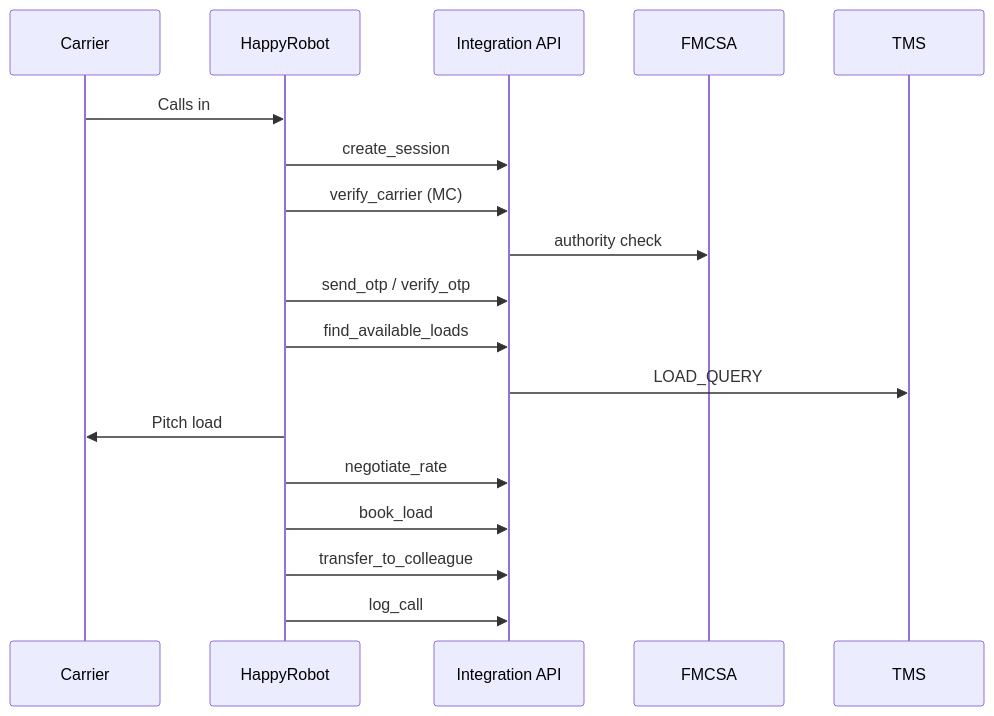
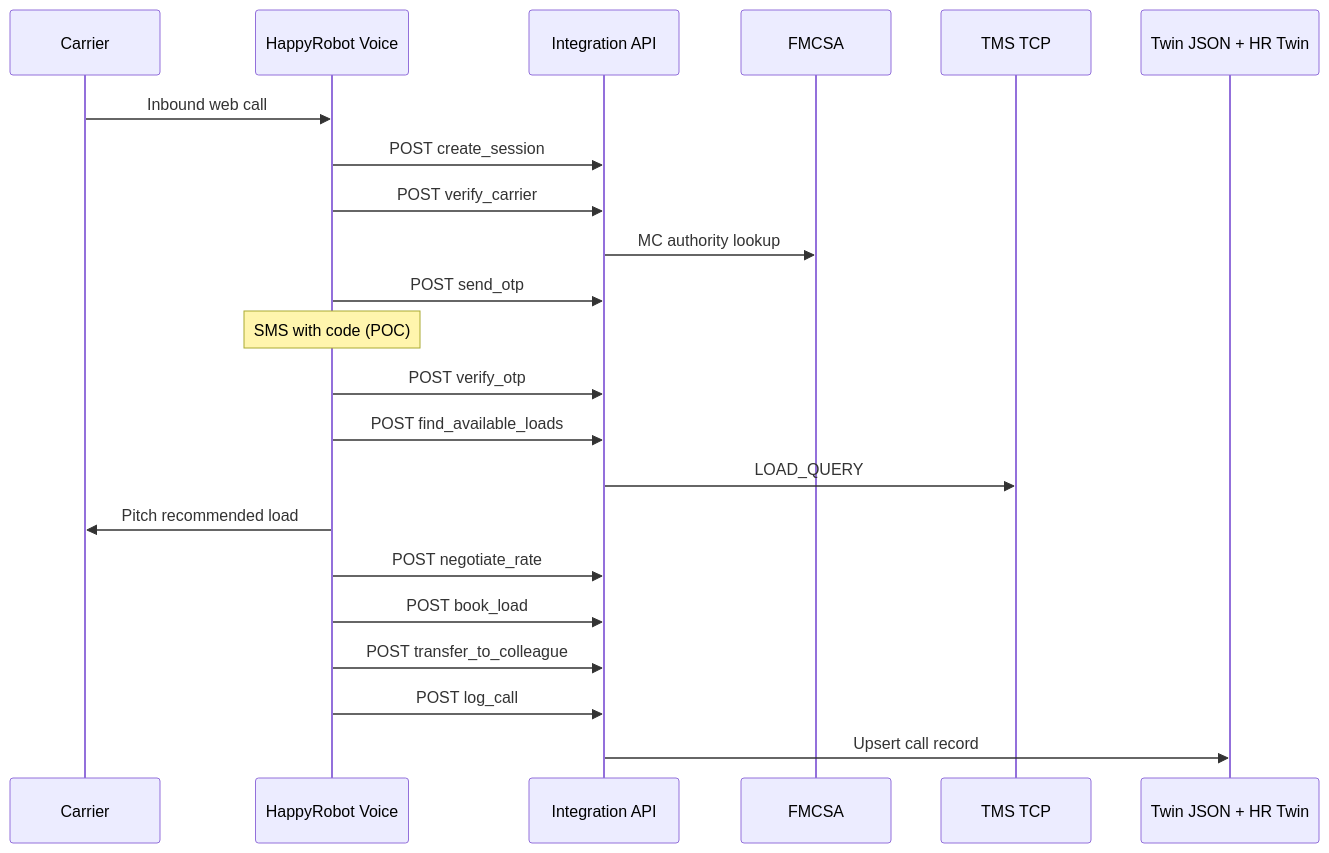
The fourth of 6 diagrams in Architecture/README.md (esxph/happyrobots_logistics), drawn with Mermaid before and after one commit. The commit also changed other lines of this file and 8 other files, not shown here.

````diff
--- a/Architecture/README.md
+++ b/Architecture/README.md
@@ -38,21 +312,25 @@
 ```mermaid
 sequenceDiagram
     participant C as Carrier
-    participant HR as HappyRobot
+    participant HR as HappyRobot Voice
     participant API as Integration API
     participant FMCSA as FMCSA
-    participant TMS as TMS
+    participant TMS as TMS TCP
+    participant Twin as Twin JSON + HR Twin
 
-    C->>HR: Calls in
-    HR->>API: create_session
-    HR->>API: verify_carrier (MC)
-    API->>FMCSA: authority check
-    HR->>API: send_otp / verify_otp
-    HR->>API: find_available_loads
+    C->>HR: Inbound web call
+    HR->>API: POST create_session
+    HR->>API: POST verify_carrier
+    API->>FMCSA: MC authority lookup
+    HR->>API: POST send_otp
+    Note over HR: SMS with code (POC)
+    HR->>API: POST verify_otp
+    HR->>API: POST find_available_loads
     API->>TMS: LOAD_QUERY
-    HR->>C: Pitch load
-    HR->>API: negotiate_rate
-    HR->>API: book_load
-    HR->>API: transfer_to_colleague
-    HR->>API: log_call
+    HR->>C: Pitch recommended load
+    HR->>API: POST negotiate_rate
+    HR->>API: POST book_load
+    HR->>API: POST transfer_to_colleague
+    HR->>API: POST log_call
+    API->>Twin: Upsert call record
 ```
````
